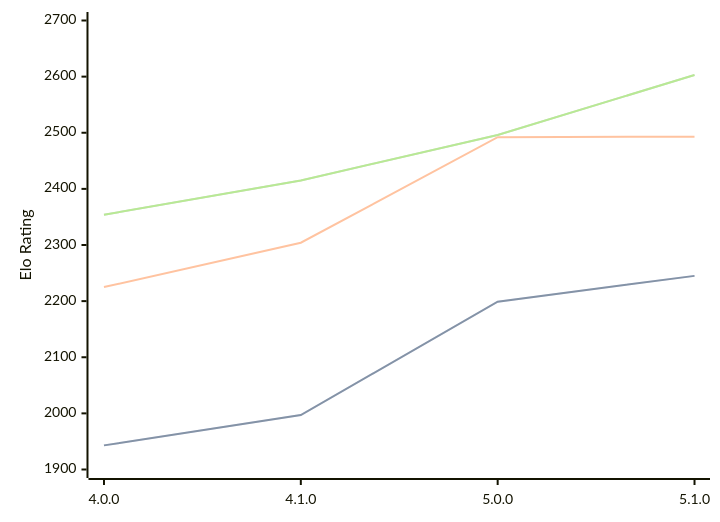
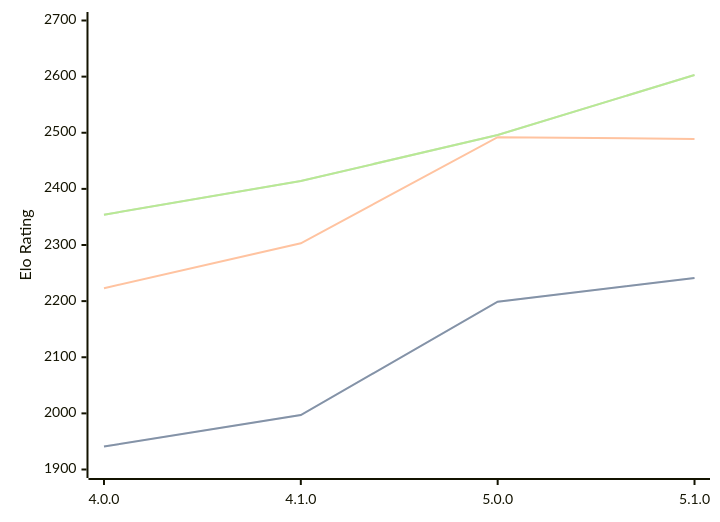
Before and after one commit to computer-chess-index/cci: the diagram in engines/Aconcagua.md, drawn with Mermaid. The commit also changed other lines of this file, not shown here.

Commit message:
Update CCI Ratings (ELO VLTC) - 2026-03-16

````diff
--- a/engines/Aconcagua.md
+++ b/engines/Aconcagua.md
@@ -41,11 +41,11 @@
 ```mermaid
 %%{init: {"theme":"base","themeVariables":{"seriesColors:['#a3a3a3','#222221','#faa371']}}}%%
 xychart-beta
   x-axis ["4.0.0", "4.1.0", "5.0.0", "5.1.0"]
   y-axis "Elo Rating" 1900 --> 2700
-  line "STC (8.0+0.08s)" [1943, 1997, 2199, 2245]
-  line "STC (8.0+0.08s)" [1943, 1997, 2199, 2245]
-  line "LTC (60.0+0.60s)" [2225, 2304, 2492, 2493]
-  line "VLTC (2m24s+1.12s)" [2354, 2415, 2496, 2603]
-  line "VLTC (2m24s+1.12s)" [2354, 2415, 2496, 2603]
+  line "STC (8.0+0.08s)" [1941, 1997, 2199, 2241]
+  line "STC (8.0+0.08s)" [1941, 1997, 2199, 2241]
+  line "LTC (60.0+0.60s)" [2223, 2303, 2492, 2489]
+  line "VLTC (2m24s+1.12s)" [2354, 2414, 2496, 2603]
+  line "VLTC (2m24s+1.12s)" [2354, 2414, 2496, 2603]
 ```
````
